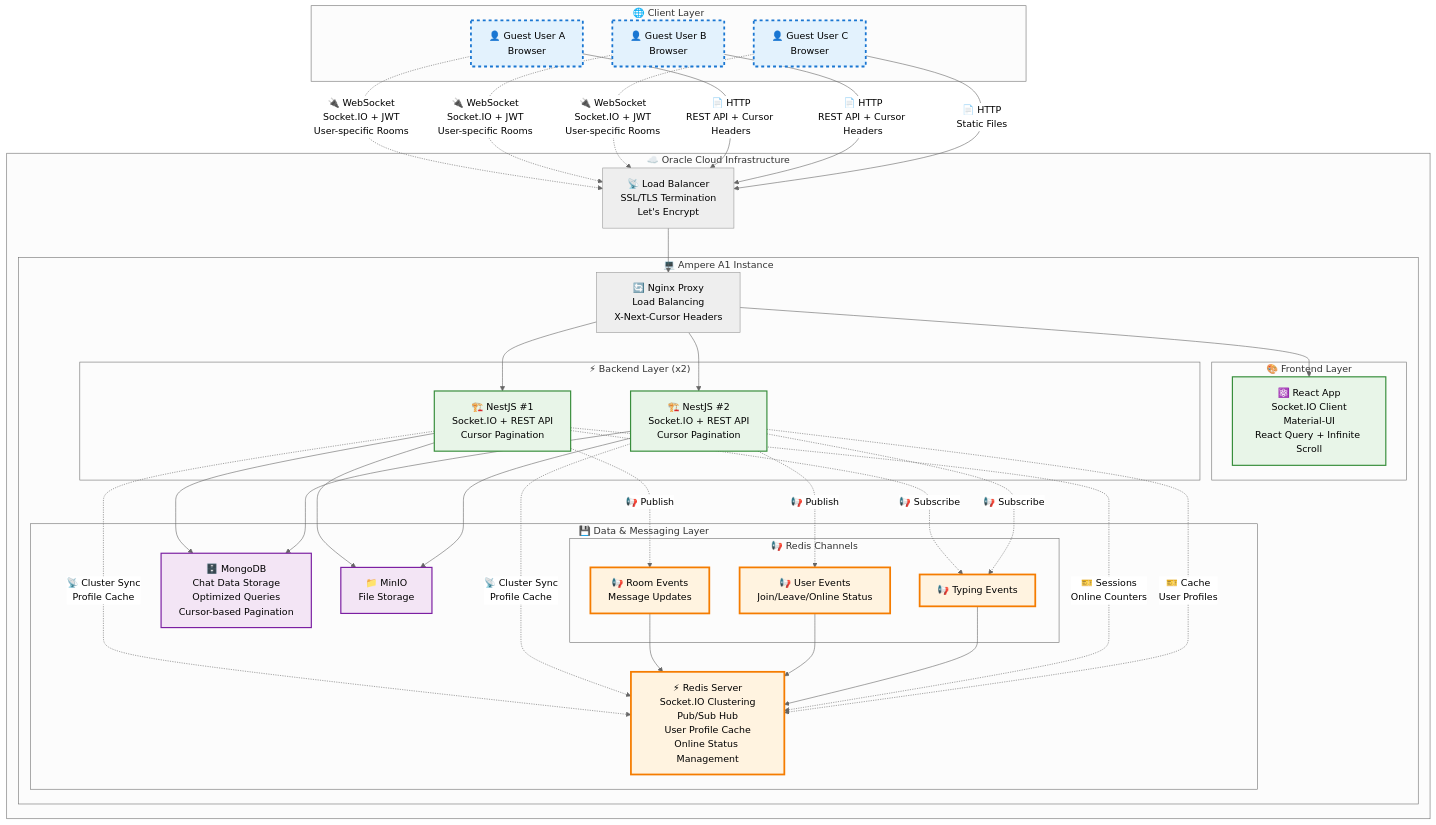
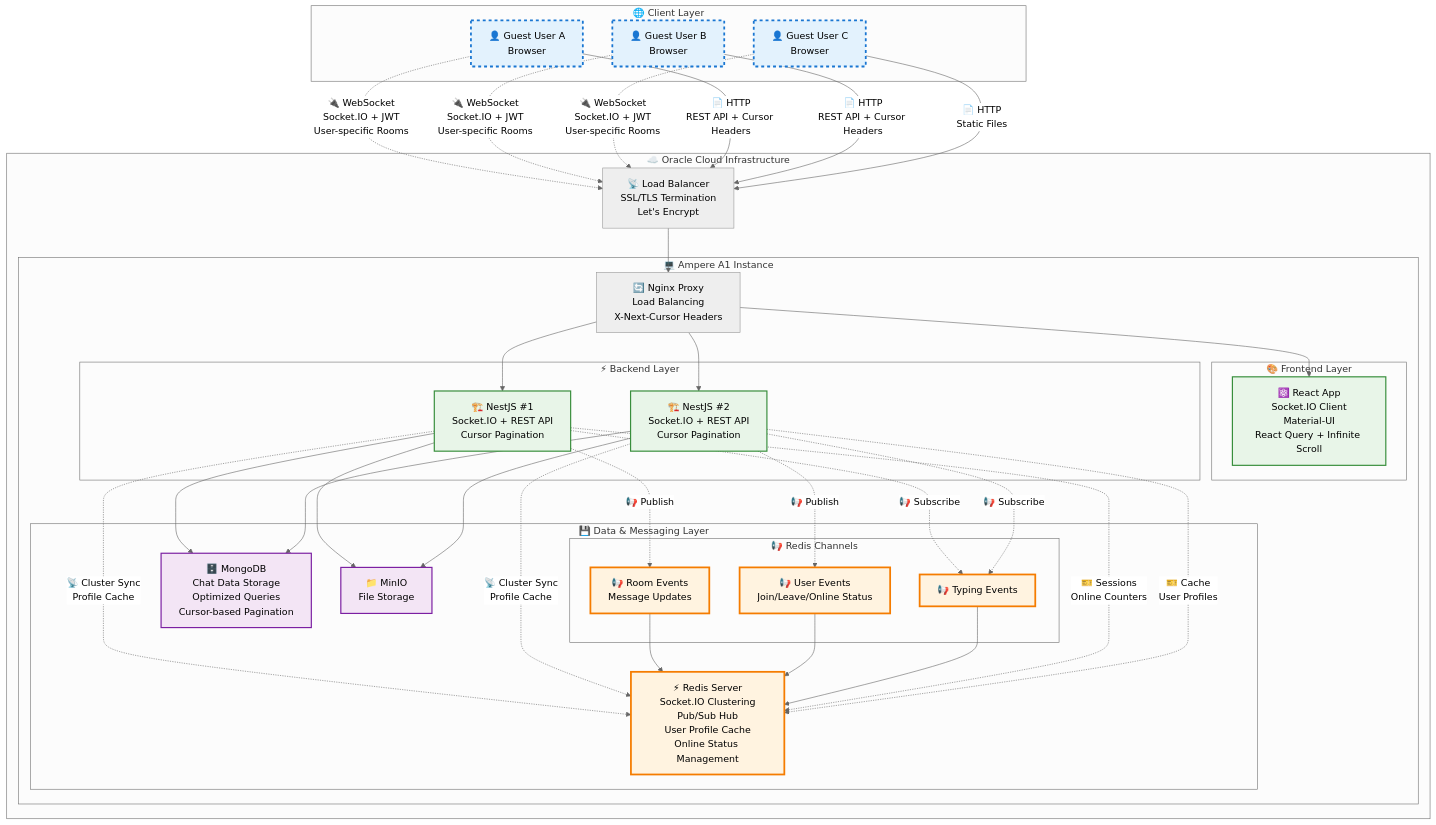
The diagram in Toy Project/Real-Time Chat Service/README.md (jjjjjunhyung/Roadmap), drawn with Mermaid (neutral theme) before and after one commit. The commit also changed other lines of this file, not shown here.

```diff
--- a/Toy Project/Real-Time Chat Service/README.md
+++ b/Toy Project/Real-Time Chat Service/README.md
@@ -50,7 +50,7 @@
                 REACT[⚛️ React App<br/>Socket.IO Client<br/>Material-UI<br/>React Query + Infinite Scroll]
             end
 
-            subgraph "⚡ Backend Layer (x2)"
+            subgraph "⚡ Backend Layer"
                 NESTJS1[🏗️ NestJS #1<br/>Socket.IO + REST API<br/>Cursor Pagination]
                 NESTJS2[🏗️ NestJS #2<br/>Socket.IO + REST API<br/>Cursor Pagination]
             end
```
